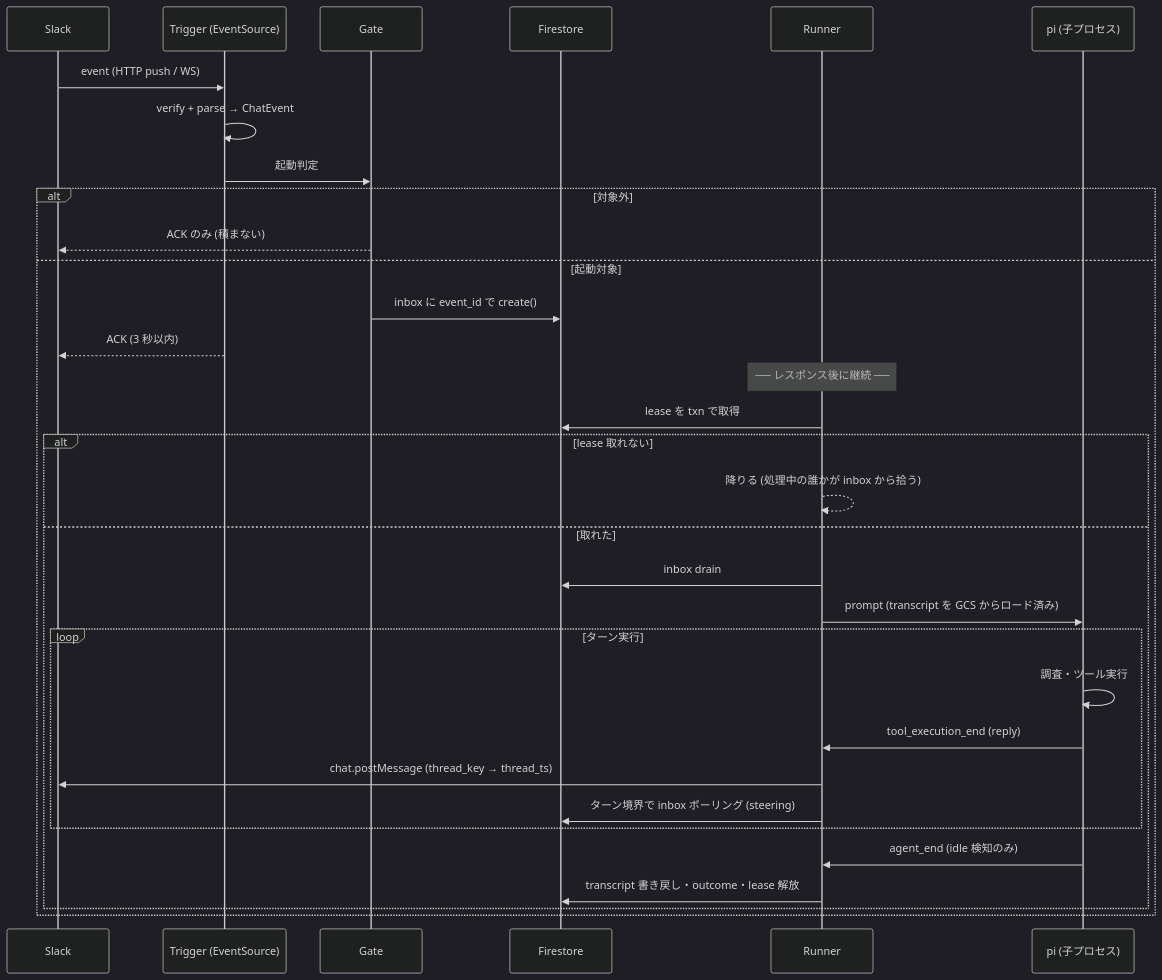
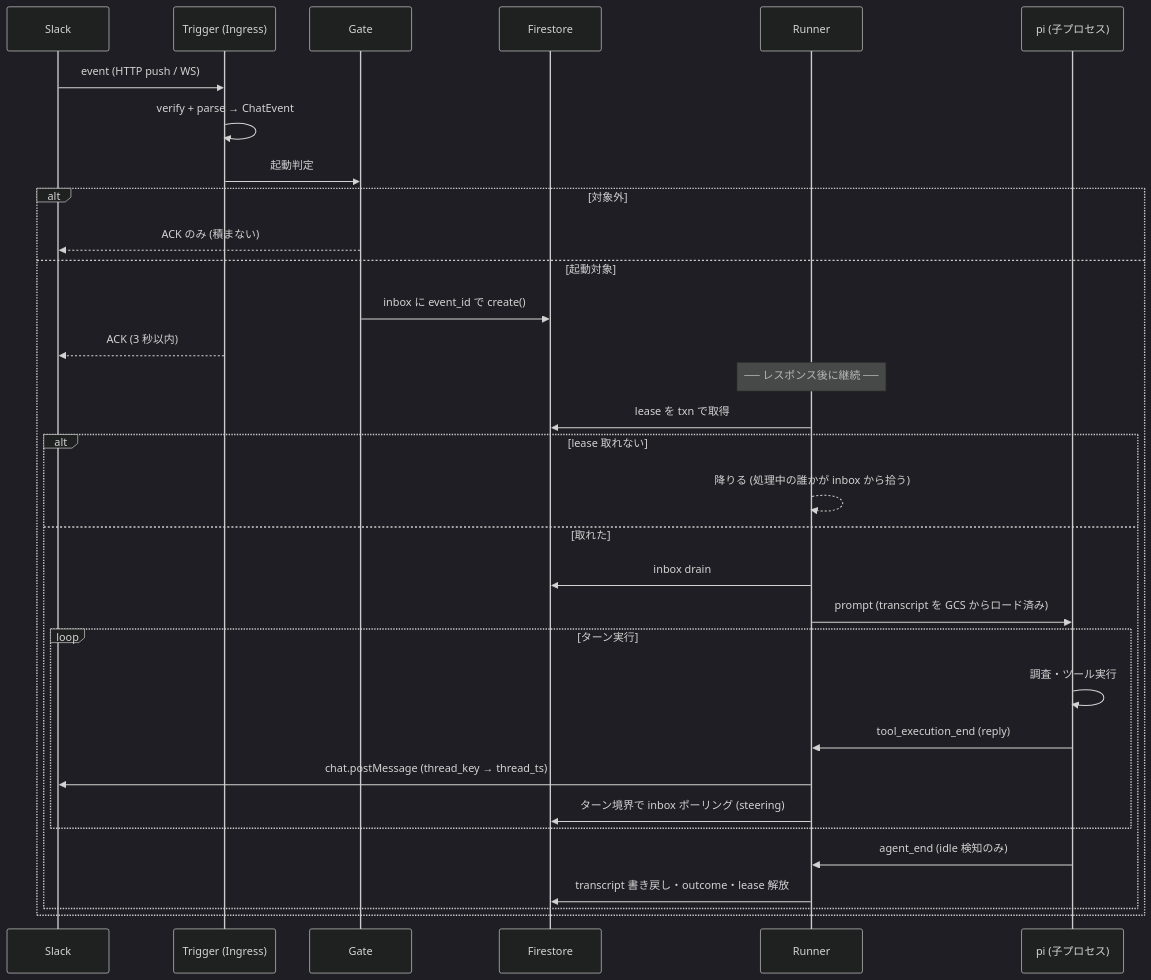
Before and after one commit to pokutuna/pi-chat-runner: the second of 5 diagrams in docs/design/components.md, drawn with Mermaid (dark theme). The commit also changed other lines of this file and 6 other files, not shown here.

````diff
--- a/docs/design/components.md
+++ b/docs/design/components.md
@@ -71,35 +71,35 @@
 ```mermaid
 sequenceDiagram
     participant S as Slack
-    participant T as Trigger (EventSource)
+    participant T as Trigger (Ingress)
     participant G as Gate
     participant F as Firestore
     participant R as Runner
     participant P as pi (子プロセス)
 
     S->>T: event (HTTP push / WS)
     T->>T: verify + parse → ChatEvent
     T->>G: 起動判定
     alt 対象外
         G-->>S: ACK のみ (積まない)
     else 起動対象
         G->>F: inbox に event_id で create()
         T-->>S: ACK (3 秒以内)
         Note over R: ── レスポンス後に継続 ──
         R->>F: lease を txn で取得
         alt lease 取れない
             R-->>R: 降りる (処理中の誰かが inbox から拾う)
         else 取れた
             R->>F: inbox drain
             R->>P: prompt (transcript を GCS からロード済み)
             loop ターン実行
                 P->>P: 調査・ツール実行
                 P->>R: tool_execution_end (reply)
                 R->>S: chat.postMessage (thread_key → thread_ts)
                 R->>F: ターン境界で inbox ポーリング (steering)
             end
             P->>R: agent_end (idle 検知のみ)
             R->>F: transcript 書き戻し・outcome・lease 解放
         end
     end
 ```
````
